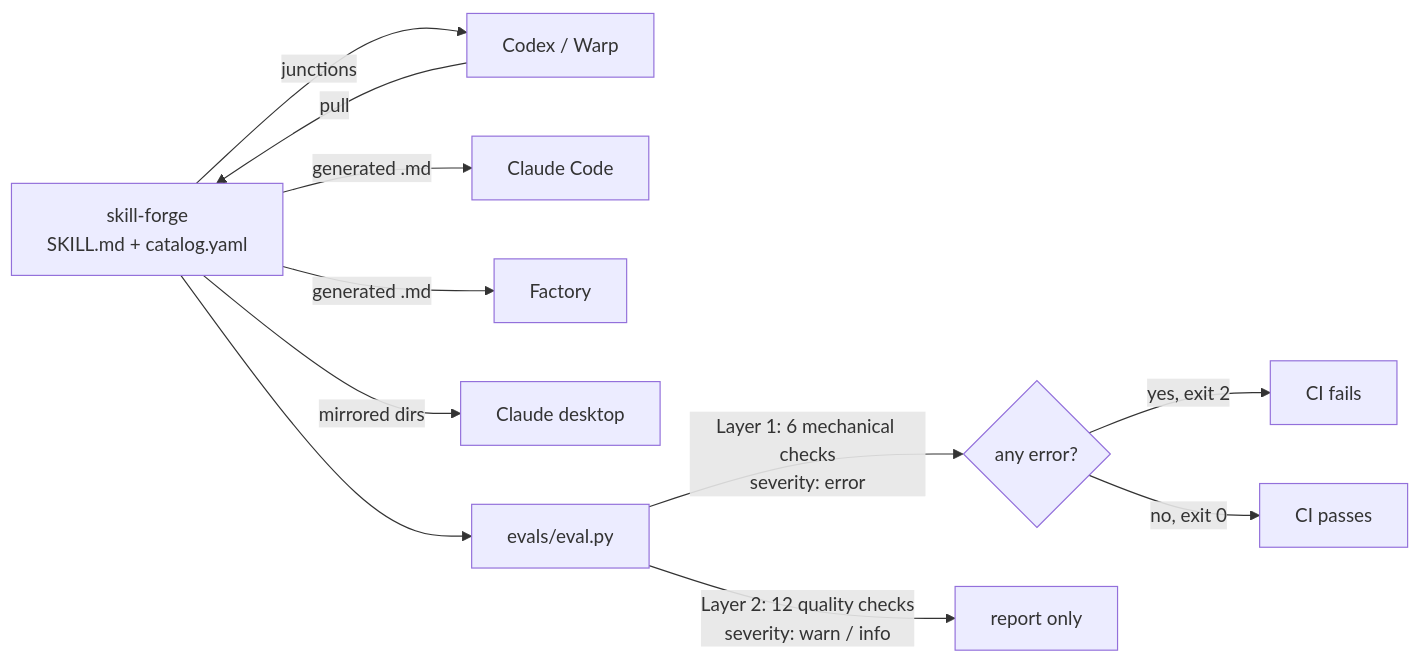
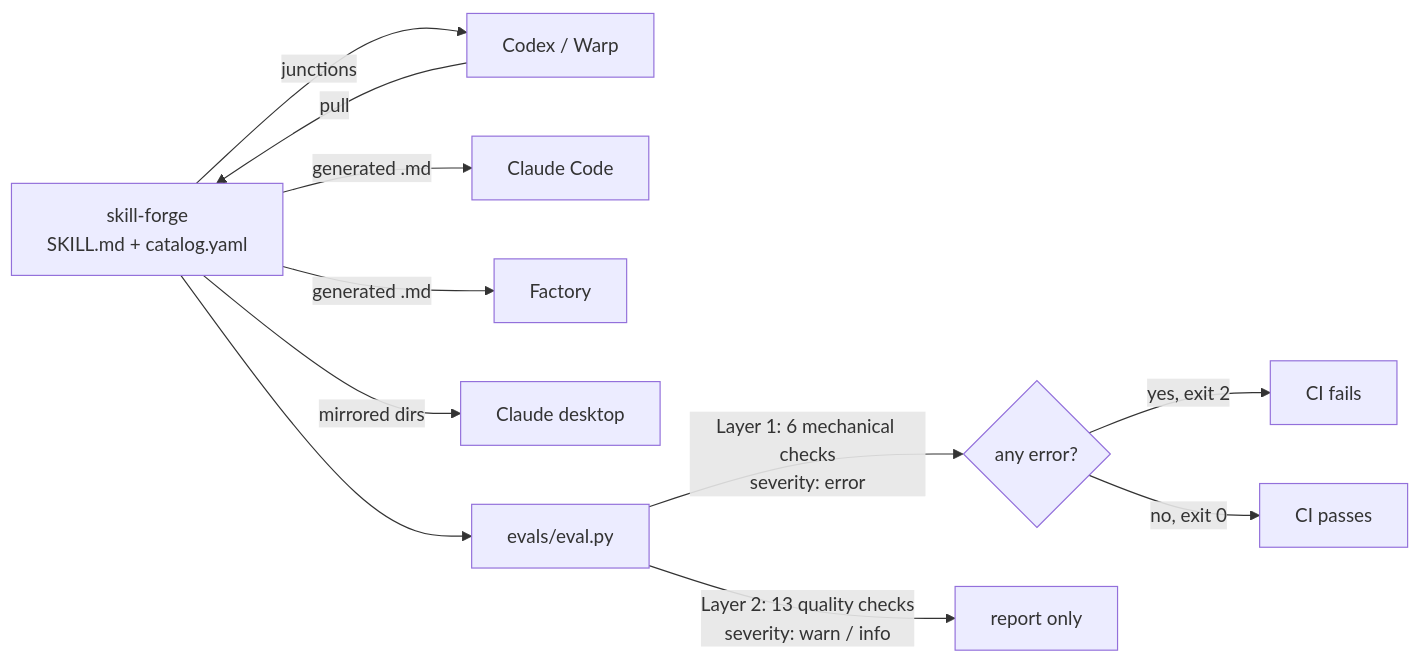
The diagram in CASE-STUDY.md (VJDiPaola/skill-forge), drawn with Mermaid before and after one commit. The commit also changed 1 other file, not shown here.

Commit message:
Correct check count documentation

````diff
--- a/CASE-STUDY.md
+++ b/CASE-STUDY.md
@@ -34,14 +34,14 @@
 ```mermaid
 flowchart LR
     A[skill-forge<br/>SKILL.md + catalog.yaml] -->|junctions| B[Codex / Warp]
     A -->|generated .md| C[Claude Code]
     A -->|generated .md| D[Factory]
     A -->|mirrored dirs| E[Claude desktop]
     B -->|pull| A
 
     A --> F[evals/eval.py]
     F -->|Layer 1: 6 mechanical checks<br/>severity: error| G{any error?}
-    F -->|Layer 2: 12 quality checks<br/>severity: warn / info| H[report only]
+    F -->|Layer 2: 13 quality checks<br/>severity: warn / info| H[report only]
     G -->|yes, exit 2| I[CI fails]
     G -->|no, exit 0| J[CI passes]
 ```
````
